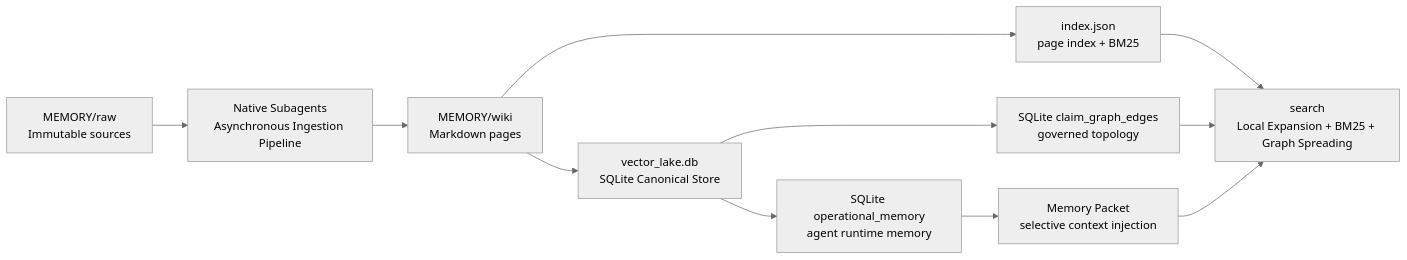
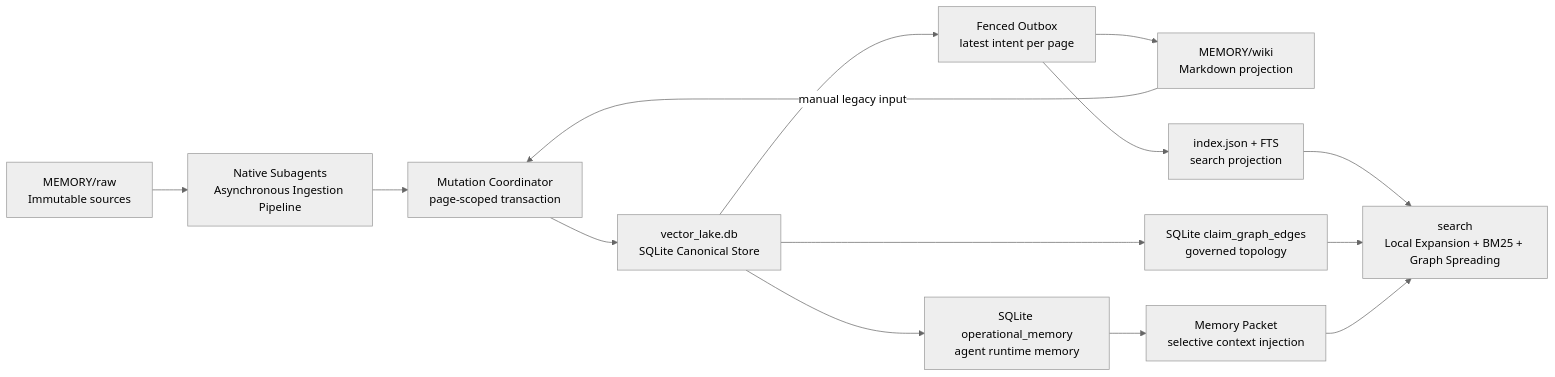
One commit to shawnshi/vector-lake changed the diagram in README.md. Above: the diagram before and after it, drawn with Mermaid (neutral theme). The commit also changed other lines of this file and 50 other files, not shown here.

````diff
--- a/README.md
+++ b/README.md
@@ -17,13 +17,16 @@
 ```mermaid
 graph LR
     RAW["MEMORY/raw<br>Immutable sources"] --> INGEST["Native Subagents<br>Asynchronous Ingestion Pipeline"]
-    INGEST --> WIKI["MEMORY/wiki<br>Markdown pages"]
-    WIKI --> INDEX["index.json<br>page index + BM25"]
-    WIKI --> META["vector_lake.db<br>SQLite Canonical Store"]
+    INGEST --> MUTATION["Mutation Coordinator<br>page-scoped transaction"]
+    WIKI["MEMORY/wiki<br>Markdown projection"] -->|manual legacy input| MUTATION
+    MUTATION --> META["vector_lake.db<br>SQLite Canonical Store"]
+    META --> OUTBOX["Fenced Outbox<br>latest intent per page"]
+    OUTBOX --> WIKI
+    OUTBOX --> INDEX["index.json + FTS<br>search projection"]
     META --> CLAIM["SQLite claim_graph_edges<br>governed topology"]
     META --> MEMORY["SQLite operational_memory<br>agent runtime memory"]
     MEMORY --> PACKET["Memory Packet<br>selective context injection"]
     INDEX --> QUERY["search<br>Local Expansion + BM25 + Graph Spreading"]
     CLAIM --> QUERY
     PACKET --> QUERY
 ```
````
